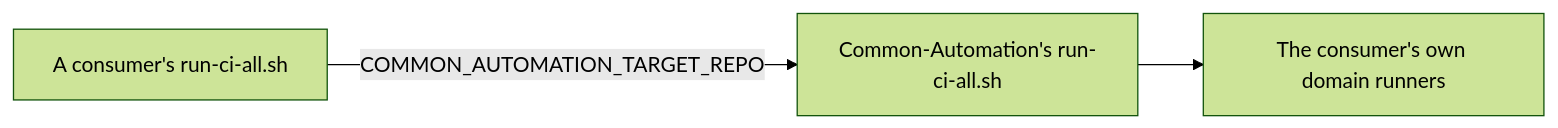
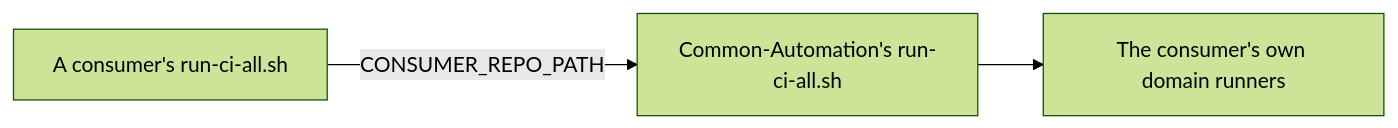
One commit to Klark-Morrigan/Common-Automation changed the seventh of 10 diagrams in docs/dev/implementation/129-runner-script-names/plan.md. Above: the diagram before and after it, drawn with Mermaid (forest theme). The commit also changed other lines of this file and 24 other files, not shown here.

Commit message:
chore: rename COMMON_AUTOMATION_TARGET_REPO to CONSUMER_REPO_PATH

````diff
--- a/docs/dev/implementation/129-runner-script-names/plan.md
+++ b/docs/dev/implementation/129-runner-script-names/plan.md
@@ -392,5 +392,5 @@
 ```mermaid
 flowchart LR
-    consumerShim[A consumer's run-ci-all.sh] -->|COMMON_AUTOMATION_TARGET_REPO| entry["Common-Automation's run-ci-all.sh"]
+    consumerShim[A consumer's run-ci-all.sh] -->|CONSUMER_REPO_PATH| entry["Common-Automation's run-ci-all.sh"]
     entry --> found[The consumer's own domain runners]
 ```
````
